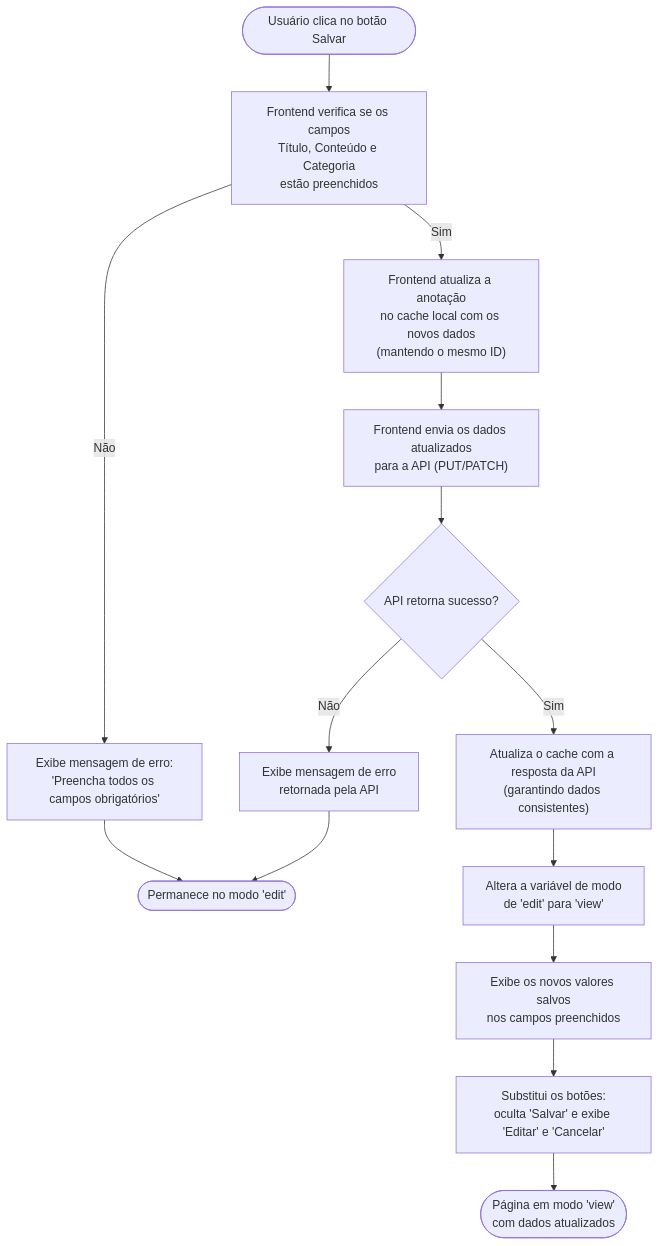
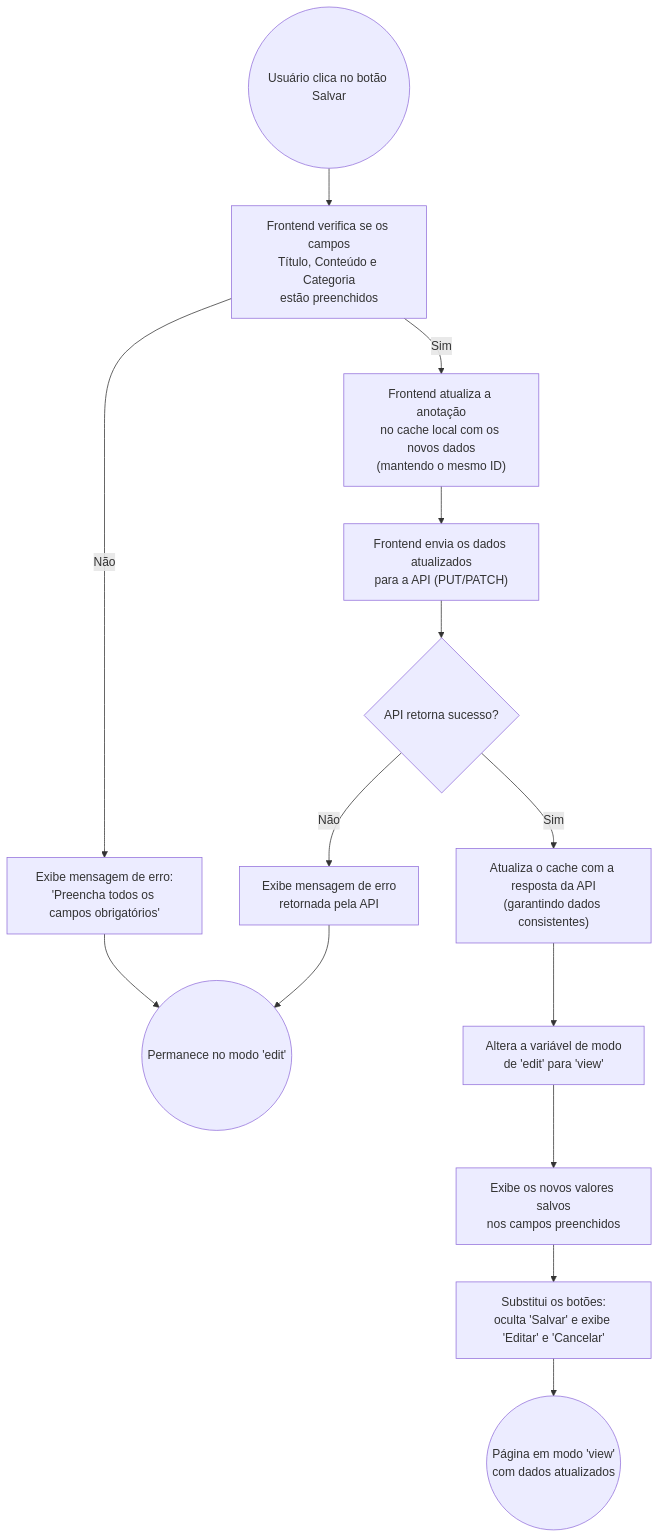
Before and after one commit to AsaphMoraes/AnotaAqui: diagram 14 of 14 in CONTEXT.md, drawn with Mermaid. The commit also changed other lines of this file, not shown here.

````diff
--- a/CONTEXT.md
+++ b/CONTEXT.md
@@ -292,20 +301,20 @@
 ```mermaid
 flowchart TB
-    A([Usuário clica no botão Salvar]) --> B[Frontend verifica se os campos<br>Título, Conteúdo e Categoria<br>estão preenchidos]
+    A((Usuário clica no botão Salvar)) --> B[Frontend verifica se os campos<br>Título, Conteúdo e Categoria<br>estão preenchidos]
 
     B -->|Não| C[Exibe mensagem de erro:<br>'Preencha todos os campos obrigatórios']
-    C --> D([Permanece no modo 'edit'])
+    C --> D((Permanece no modo 'edit'))
 
     B -->|Sim| E["Frontend atualiza a anotação<br>no cache local com os novos dados<br>(mantendo o mesmo ID)"]
     E --> F["Frontend envia os dados atualizados<br>para a API (PUT/PATCH)"]
     F --> G{API retorna sucesso?}
 
     G -->|Não| H[Exibe mensagem de erro<br>retornada pela API]
     H --> D
 
     G -->|Sim| I["Atualiza o cache com a resposta da API<br>(garantindo dados consistentes)"]
     I --> K[Altera a variável de modo<br>de 'edit' para 'view']
     K --> L[Exibe os novos valores salvos<br>nos campos preenchidos]
     L --> M[Substitui os botões:<br>oculta 'Salvar' e exibe 'Editar' e 'Cancelar']
-    M --> N([Página em modo 'view'<br>com dados atualizados])
+    M --> N((Página em modo 'view'<br>com dados atualizados))
 ```
````
